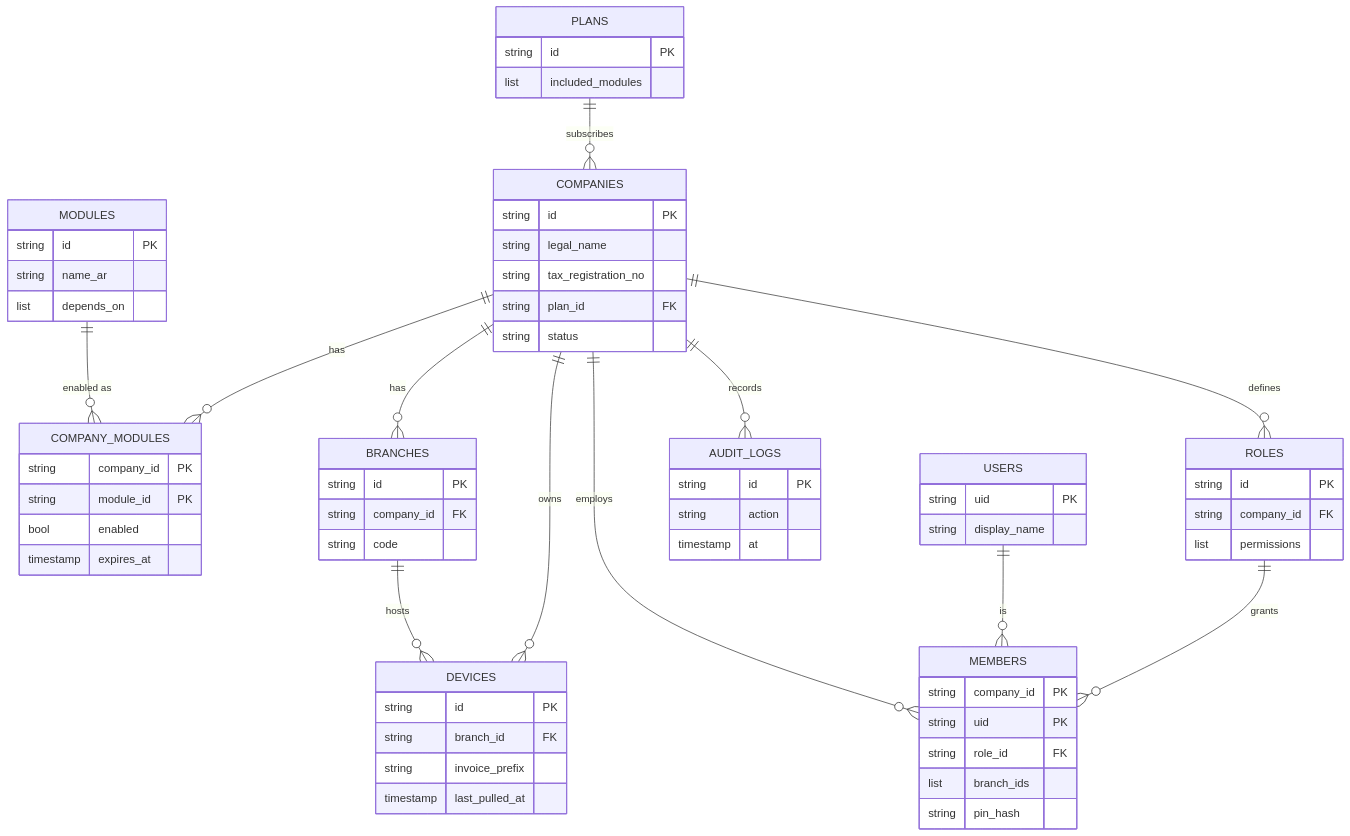
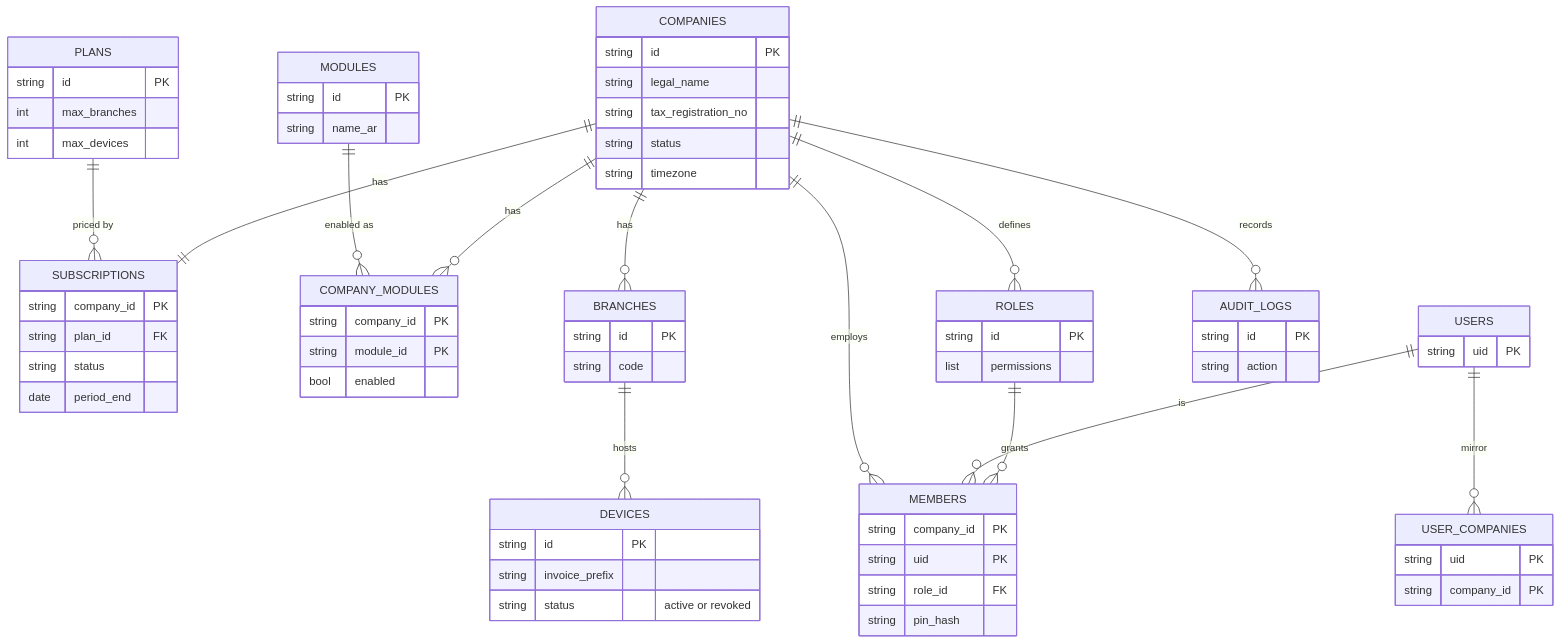
Before and after one commit to omar-fathalla/Tashil-ERP: the first of 3 diagrams in docs/database/multi-tenant-plan.md, drawn with Mermaid. The commit also changed other lines of this file and 1 other file, not shown here.

First line of the commit message:
docs: apply DB plan review (immutable sales, returns, vouchers, integer quantities, units, transfers, counts, idempotent ids, writer per table)

````diff
--- a/docs/database/multi-tenant-plan.md
+++ b/docs/database/multi-tenant-plan.md
@@ -214,69 +285,73 @@
 ```mermaid
 erDiagram
-    PLANS ||--o{ COMPANIES : "subscribes"
+    PLANS ||--o{ SUBSCRIPTIONS : "priced by"
+    COMPANIES ||--|| SUBSCRIPTIONS : "has"
     MODULES ||--o{ COMPANY_MODULES : "enabled as"
     COMPANIES ||--o{ COMPANY_MODULES : "has"
     COMPANIES ||--o{ BRANCHES : "has"
     COMPANIES ||--o{ ROLES : "defines"
     COMPANIES ||--o{ MEMBERS : "employs"
     USERS ||--o{ MEMBERS : "is"
+    USERS ||--o{ USER_COMPANIES : "mirror"
     ROLES ||--o{ MEMBERS : "grants"
     BRANCHES ||--o{ DEVICES : "hosts"
-    COMPANIES ||--o{ DEVICES : "owns"
     COMPANIES ||--o{ AUDIT_LOGS : "records"
 
     COMPANIES {
         string id PK
         string legal_name
         string tax_registration_no
+        string status
+        string timezone
+    }
+    SUBSCRIPTIONS {
+        string company_id PK
         string plan_id FK
         string status
+        date period_end
+    }
+    PLANS {
+        string id PK
+        int max_branches
+        int max_devices
     }
     MODULES {
         string id PK
         string name_ar
-        list depends_on
     }
     COMPANY_MODULES {
         string company_id PK
         string module_id PK
         bool enabled
-        timestamp expires_at
     }
     BRANCHES {
         string id PK
-        string company_id FK
         string code
     }
     ROLES {
         string id PK
-        string company_id FK
         list permissions
     }
     USERS {
         string uid PK
-        string display_name
+    }
+    USER_COMPANIES {
+        string uid PK
+        string company_id PK
     }
     MEMBERS {
         string company_id PK
         string uid PK
         string role_id FK
-        list branch_ids
         string pin_hash
     }
     DEVICES {
         string id PK
-        string branch_id FK
         string invoice_prefix
-        timestamp last_pulled_at
-    }
-    PLANS {
-        string id PK
-        list included_modules
+        string status "active or revoked"
     }
     AUDIT_LOGS {
         string id PK
         string action
-        timestamp at
     }
 ```
````
